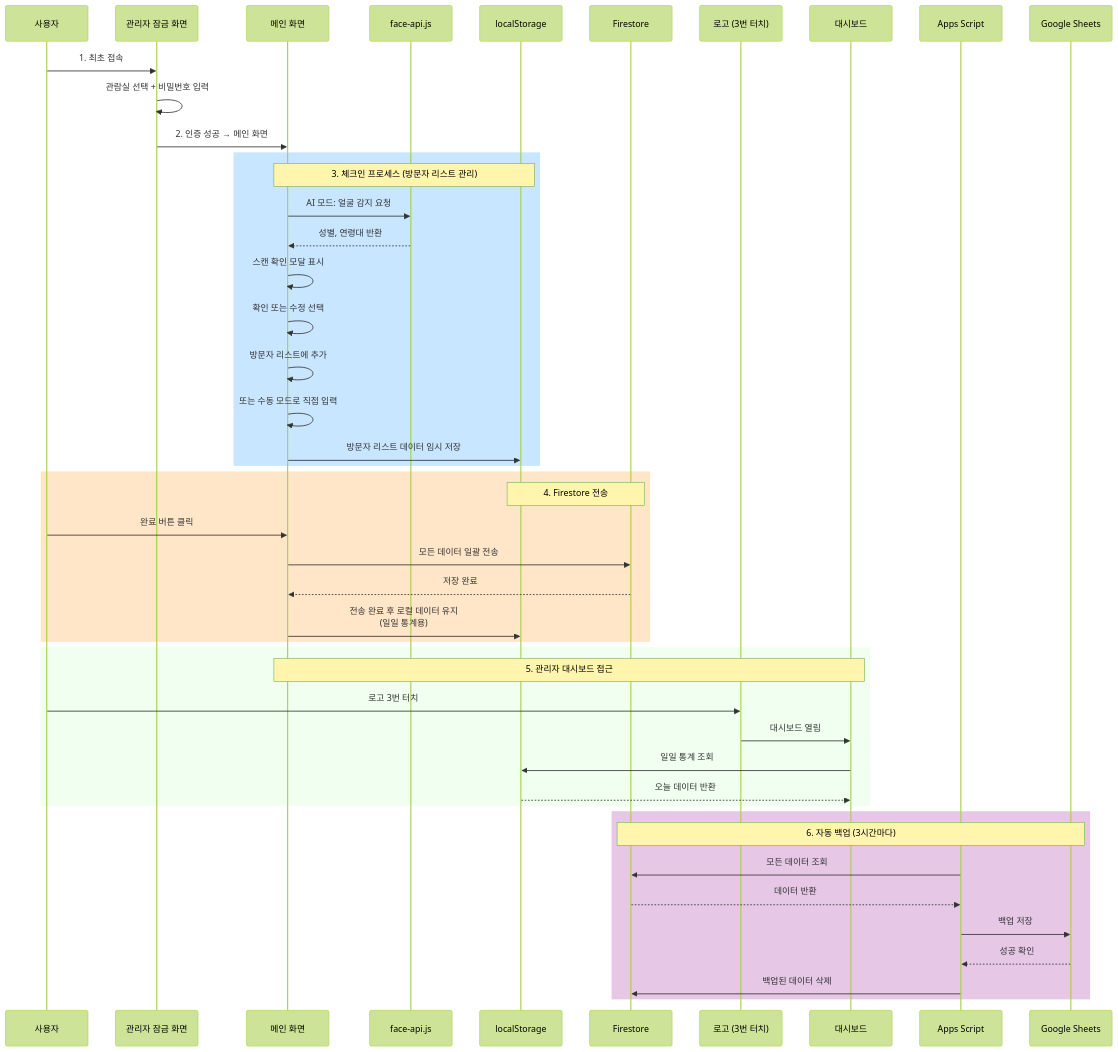
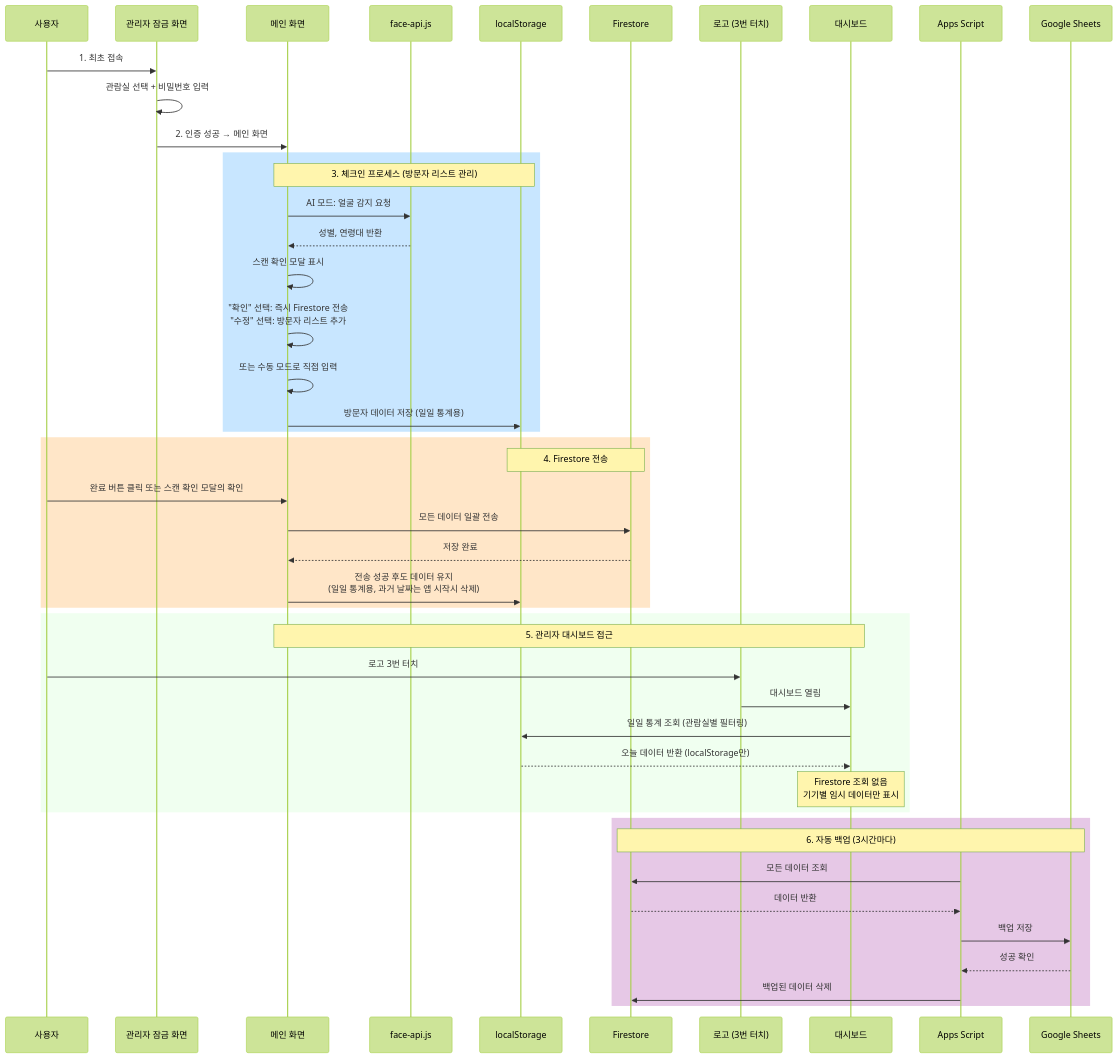
One commit to PanicAthe/RAIM-CheckIn changed the second of 6 diagrams in docs/ARCHITECTURE.md. Above: the diagram before and after it, drawn with Mermaid (forest theme). The commit also changed other lines of this file and 6 other files, not shown here.

````diff
--- a/docs/ARCHITECTURE.md
+++ b/docs/ARCHITECTURE.md
@@ -96,53 +96,53 @@
 ```mermaid
 sequenceDiagram
     participant User as 사용자
     participant Lock as 관리자 잠금 화면
     participant Main as 메인 화면
     participant Face as face-api.js
     participant Local as localStorage
     participant Firestore as Firestore
     participant Logo as 로고 (3번 터치)
     participant Dashboard as 대시보드
     participant Apps as Apps Script
     participant Sheets as Google Sheets
     
     User->>Lock: 1. 최초 접속
     Lock->>Lock: 관람실 선택 + 비밀번호 입력
     Lock->>Main: 2. 인증 성공 → 메인 화면
     
     rect rgb(200, 230, 255)
     Note over Main,Local: 3. 체크인 프로세스 (방문자 리스트 관리)
     Main->>Face: AI 모드: 얼굴 감지 요청
     Face-->>Main: 성별, 연령대 반환
     Main->>Main: 스캔 확인 모달 표시
-    Main->>Main: 확인 또는 수정 선택
-    Main->>Main: 방문자 리스트에 추가
+    Main->>Main: "확인" 선택: 즉시 Firestore 전송<br/>"수정" 선택: 방문자 리스트 추가
     Main->>Main: 또는 수동 모드로 직접 입력
-    Main->>Local: 방문자 리스트 데이터 임시 저장
+    Main->>Local: 방문자 데이터 저장 (일일 통계용)
     end
     
     rect rgb(255, 230, 200)
     Note over Local,Firestore: 4. Firestore 전송
-    User->>Main: 완료 버튼 클릭
+    User->>Main: 완료 버튼 클릭 또는 스캔 확인 모달의 확인
     Main->>Firestore: 모든 데이터 일괄 전송
     Firestore-->>Main: 저장 완료
-    Main->>Local: 전송 완료 후 로컬 데이터 유지<br/>(일일 통계용)
+    Main->>Local: 전송 성공 후도 데이터 유지<br/>(일일 통계용, 과거 날짜는 앱 시작시 삭제)
     end
     
     rect rgb(240, 255, 240)
     Note over Main,Dashboard: 5. 관리자 대시보드 접근
     User->>Logo: 로고 3번 터치
     Logo->>Dashboard: 대시보드 열림
-    Dashboard->>Local: 일일 통계 조회
-    Local-->>Dashboard: 오늘 데이터 반환
+    Dashboard->>Local: 일일 통계 조회 (관람실별 필터링)
+    Local-->>Dashboard: 오늘 데이터 반환 (localStorage만)
+    Note over Dashboard: Firestore 조회 없음<br/>기기별 임시 데이터만 표시
     end
     
     rect rgb(230, 200, 230)
     Note over Firestore,Sheets: 6. 자동 백업 (3시간마다)
     Apps->>Firestore: 모든 데이터 조회
     Firestore-->>Apps: 데이터 반환
     Apps->>Sheets: 백업 저장
     Sheets-->>Apps: 성공 확인
     Apps->>Firestore: 백업된 데이터 삭제
     end
 ```
````
